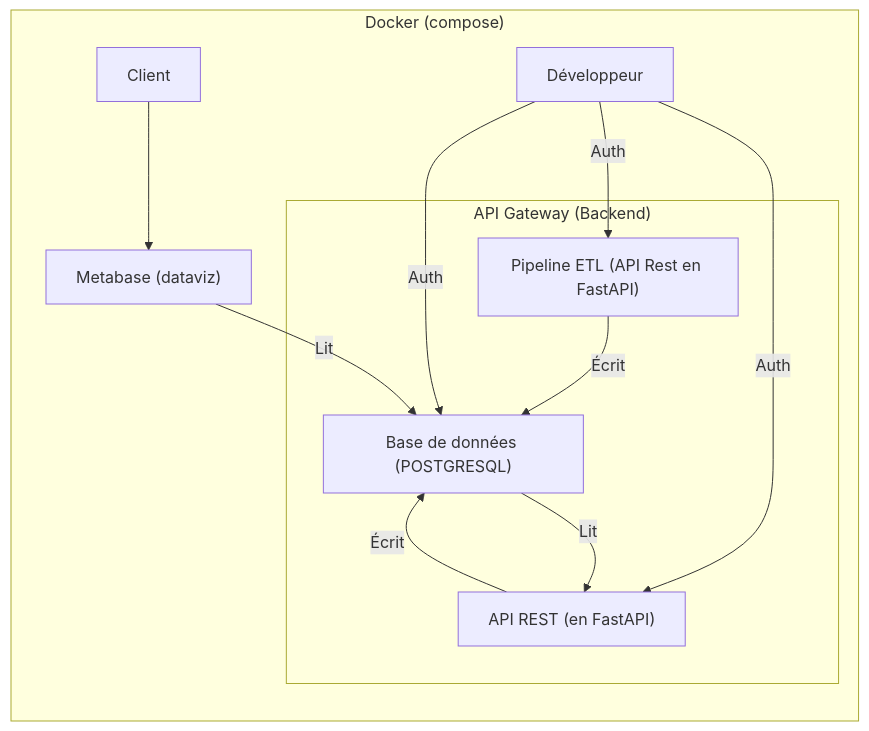
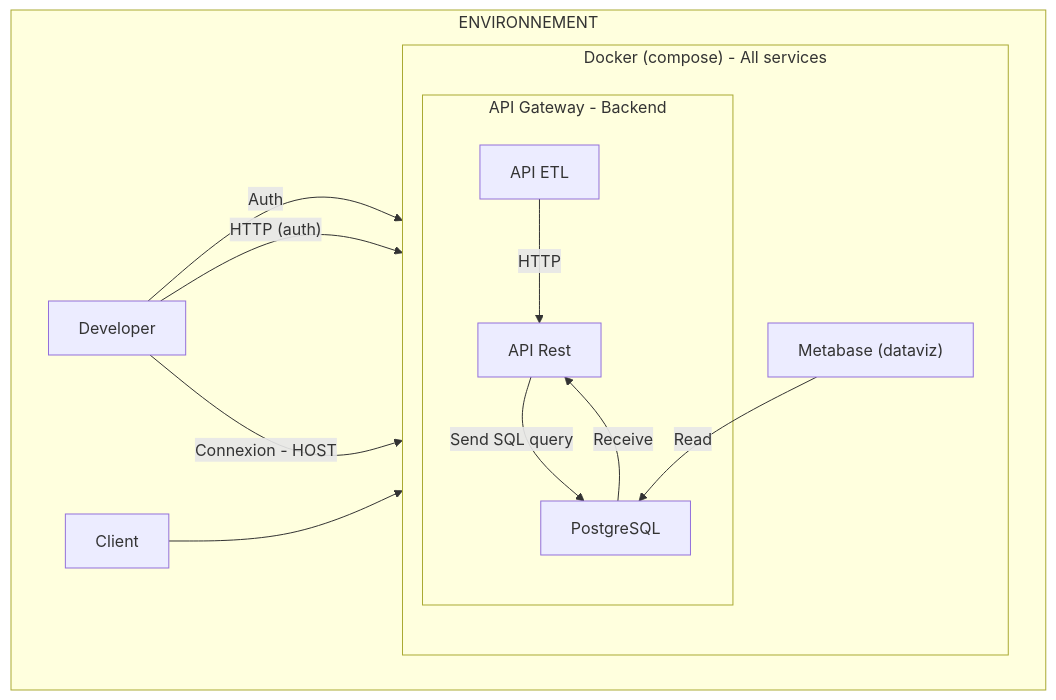
The first of 2 diagrams in README.md (Sam-rst/EPSI_B3_MSPR-Groupe_MATS), drawn with Mermaid before and after one commit. The commit also changed other lines of this file and 7 other files, not shown here.

````diff
--- a/README.md
+++ b/README.md
@@ -26,17 +26,20 @@
 ```mermaid
 graph TD;
-    subgraph "Docker (compose)"
-        direction TB
-        subgraph "API Gateway (Backend)"
-            ETL["Pipeline ETL (API Rest en FastAPI)"] -->|Écrit| DB["Base de données (POSTGRESQL)"]
-            API["API REST (en FastAPI)"] -->|Écrit| DB
-            DB -->|Lit| API["API REST (en FastAPI)"]
+    subgraph "ENVIRONNEMENT"
+        subgraph "Docker (compose) - All services"
+            direction TB
+            subgraph "API Gateway - Backend"
+                ETL["API ETL"] -->|HTTP| API["API REST"]
+                API -->|Send SQL query| DB["PostgreSQL"]
+                DB -->|Receive| API["API Rest"]
+            end
+
+            Metabase["Metabase (dataviz)"] -->|Read| DB
         end
 
-        Metabase["Metabase (dataviz)"] -->|Lit| DB
+        Dev["Developer"] -- Auth --> API
+        Dev -- HTTP (auth) --> ETL
+        Dev -- Connexion - HOST --> DB
         Client["Client"] --> Metabase
-        Dev["Développeur"] -- Auth --> API
-        Dev -- Auth --> ETL
-        Dev -- Auth --> DB
     end
 ```
````
